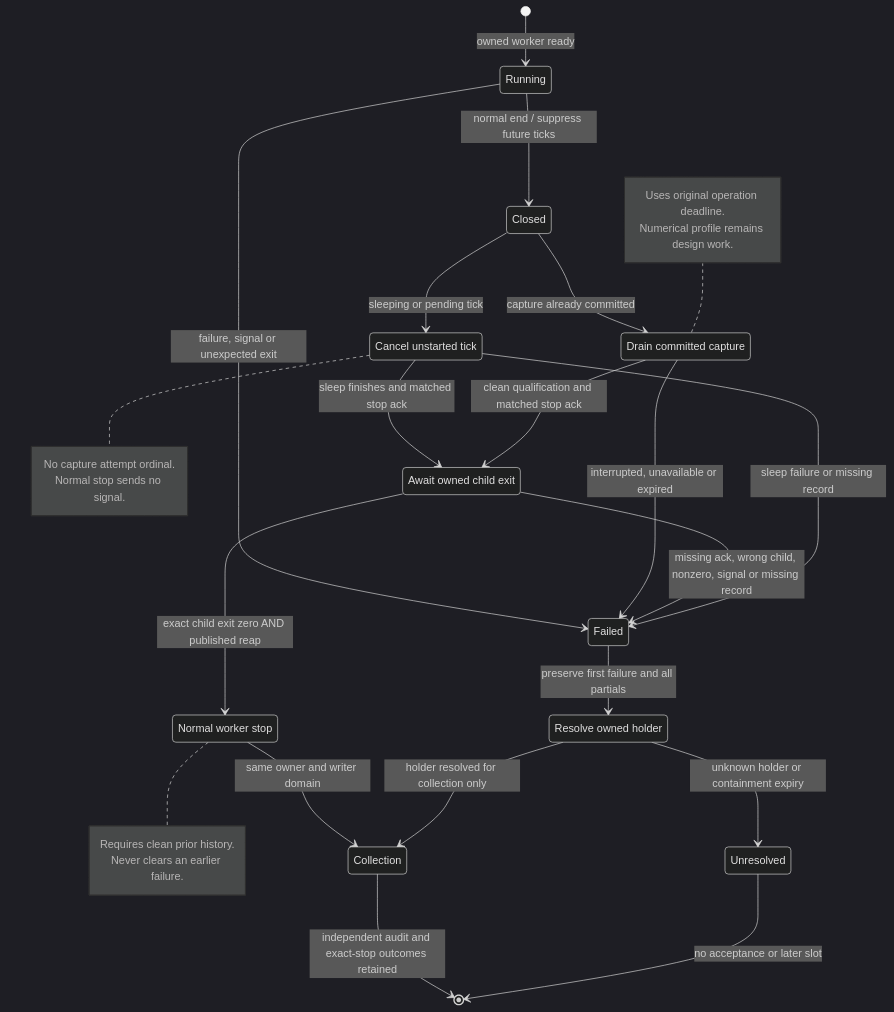
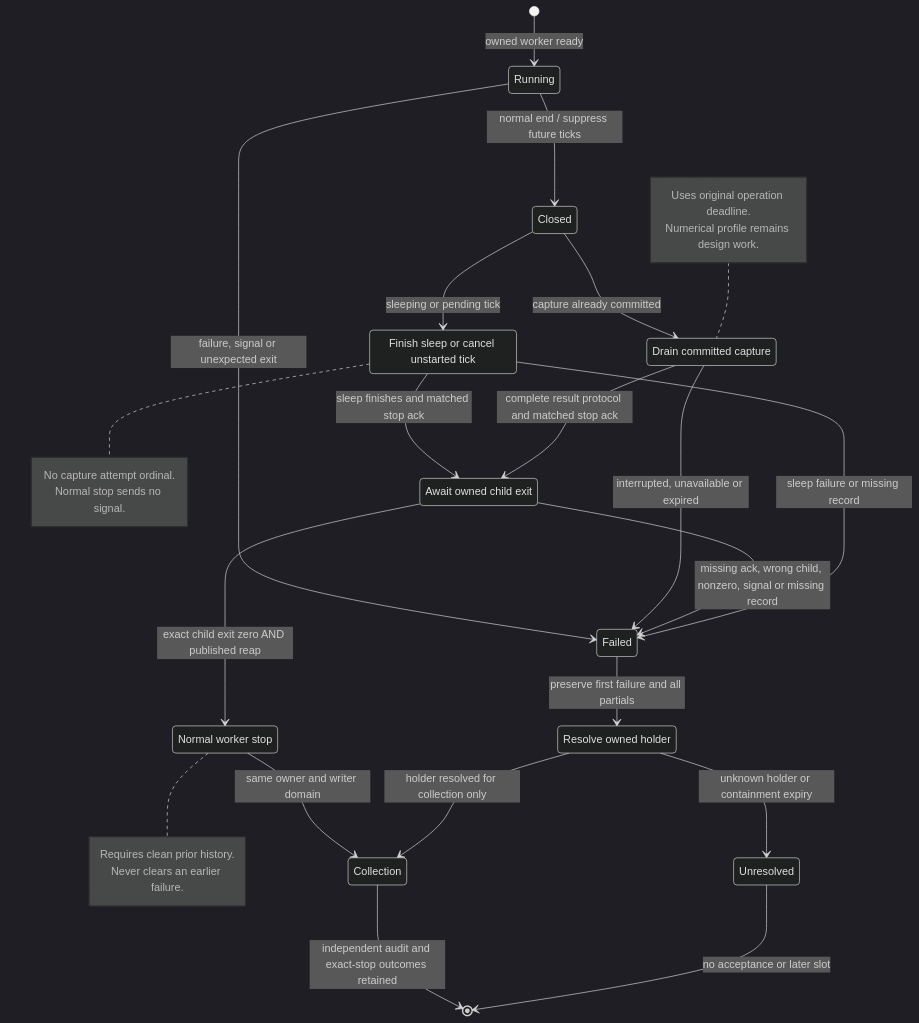
One commit to Linkuistics/Koine changed the diagram in docs/design/architecture/settings-activation/keepalive-lifecycle.mmd. Above: the diagram before and after it, drawn with Mermaid (dark theme). The commit also changed 29 other files, not shown here.

```diff
--- a/docs/design/architecture/settings-activation/keepalive-lifecycle.mmd
+++ b/docs/design/architecture/settings-activation/keepalive-lifecycle.mmd
@@ -1,35 +1,35 @@
 stateDiagram-v2
-  state "Cancel unstarted tick" as CancelUnstarted
+  state "Finish sleep or cancel unstarted tick" as CancelUnstarted
   state "Drain committed capture" as DrainCommitted
   state "Await owned child exit" as AwaitExit
   state "Normal worker stop" as NormalStop
   state "Resolve owned holder" as ResolveHolder
   [*] --> Running: owned worker ready
   Running --> Closed: normal end / suppress future ticks
   Running --> Failed: failure, signal or unexpected exit
   Closed --> CancelUnstarted: sleeping or pending tick
   Closed --> DrainCommitted: capture already committed
   CancelUnstarted --> AwaitExit: sleep finishes and matched stop ack
-  DrainCommitted --> AwaitExit: clean qualification and matched stop ack
+  DrainCommitted --> AwaitExit: complete result protocol and matched stop ack
   DrainCommitted --> Failed: interrupted, unavailable or expired
   AwaitExit --> NormalStop: exact child exit zero AND published reap
   AwaitExit --> Failed: missing ack, wrong child, nonzero, signal or missing record
   CancelUnstarted --> Failed: sleep failure or missing record
   NormalStop --> Collection: same owner and writer domain
   Failed --> ResolveHolder: preserve first failure and all partials
   ResolveHolder --> Collection: holder resolved for collection only
   ResolveHolder --> Unresolved: unknown holder or containment expiry
   Collection --> [*]: independent audit and exact-stop outcomes retained
   Unresolved --> [*]: no acceptance or later slot
   note right of CancelUnstarted
     No capture attempt ordinal.
     Normal stop sends no signal.
   end note
   note right of NormalStop
     Requires clean prior history.
     Never clears an earlier failure.
   end note
   note left of DrainCommitted
     Uses original operation deadline.
     Numerical profile remains design work.
   end note
```
